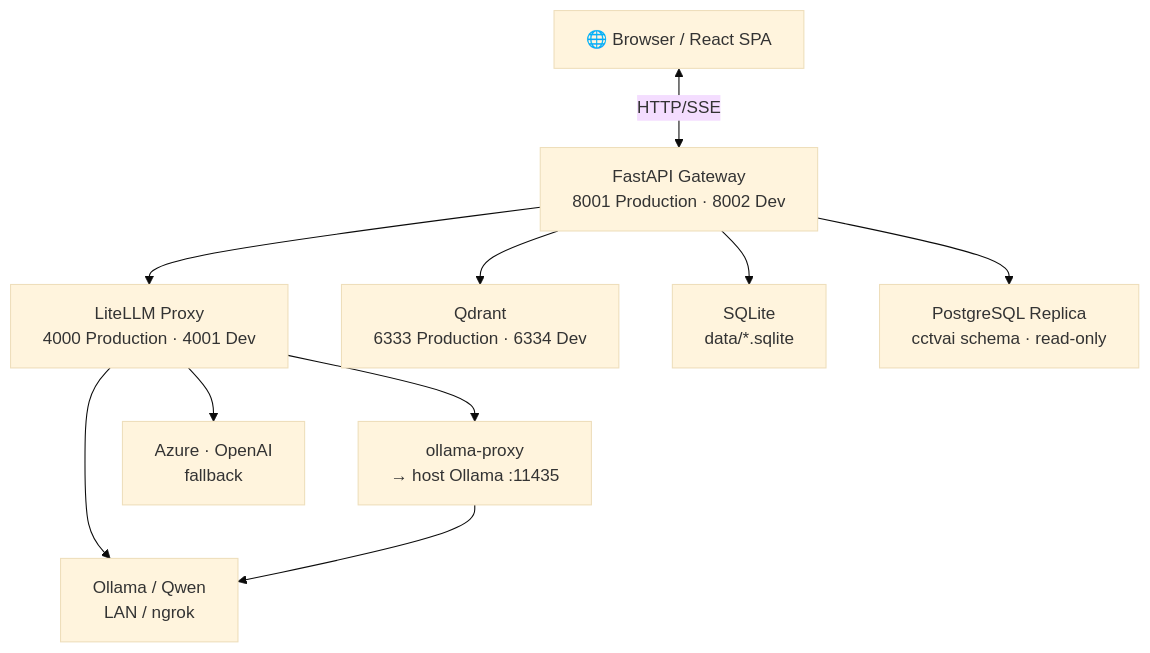
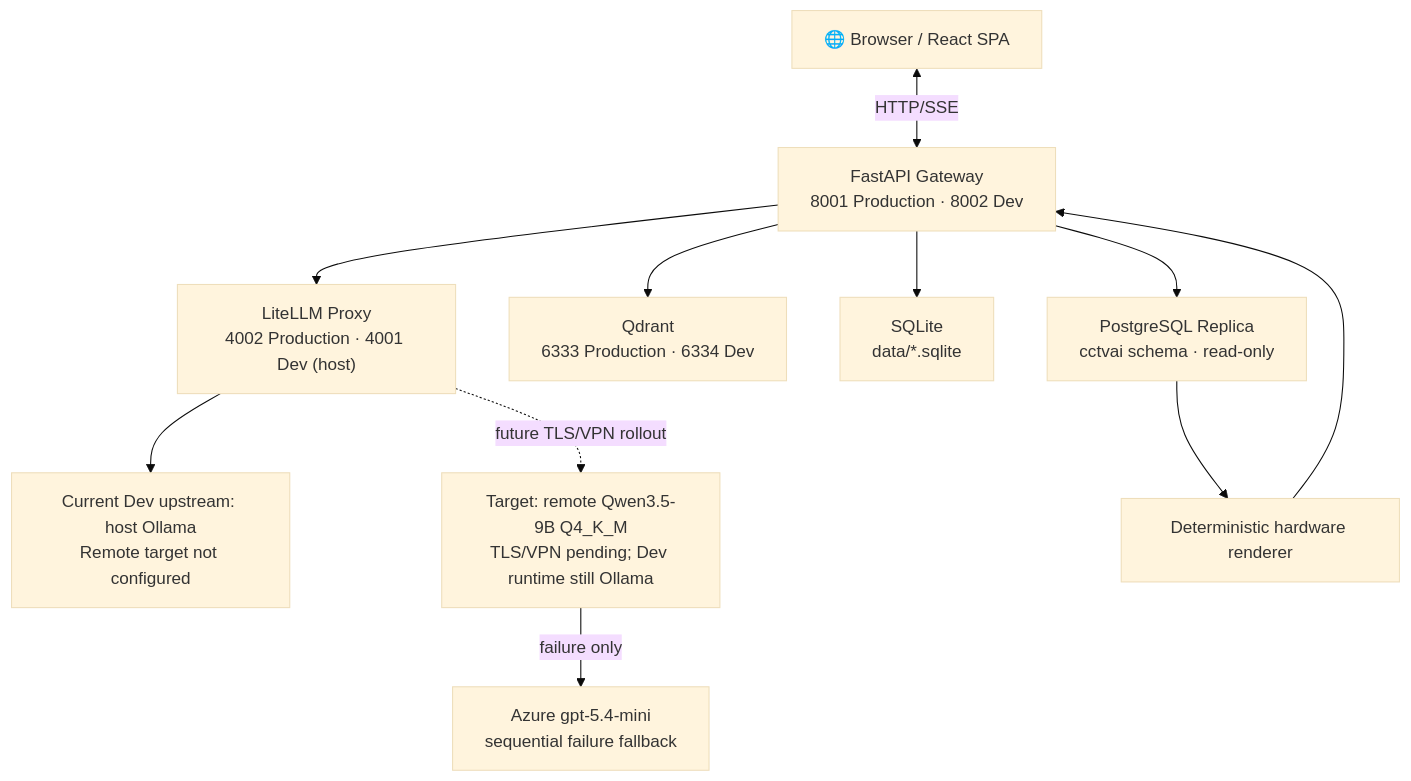
One commit to JKLover0909/VLLM-PD changed the first of 9 diagrams in Markdowns/ARCHITECTURE.md. Above: the diagram before and after it, drawn with Mermaid (base theme). The commit also changed other lines of this file and 87 other files, not shown here.

````diff
--- a/Markdowns/ARCHITECTURE.md
+++ b/Markdowns/ARCHITECTURE.md
@@ -23,22 +24,24 @@
 ```mermaid
 graph TB
     Browser["🌐 Browser / React SPA"]
     GW["FastAPI Gateway\n8001 Production · 8002 Dev"]
-    LLM["LiteLLM Proxy\n4000 Production · 4001 Dev"]
+    LLM["LiteLLM Proxy\n4002 Production · 4001 Dev (host)"]
+    Ollama["Current Dev upstream: host Ollama\nRemote target not configured"]
     Qdrant["Qdrant\n6333 Production · 6334 Dev"]
     SQLite["SQLite\ndata/*.sqlite"]
     PG["PostgreSQL Replica\ncctvai schema · read-only"]
-    OllamaProxy["ollama-proxy\n→ host Ollama :11435"]
-    OllamaExt["Ollama / Qwen\nLAN / ngrok"]
-    Cloud["Azure · OpenAI\nfallback"]
+    Qwen["Target: remote Qwen3.5-9B Q4_K_M\nTLS/VPN pending; Dev runtime still Ollama"]
+    Cloud["Azure gpt-5.4-mini\nsequential failure fallback"]
+    Hardware["Deterministic hardware renderer"]
 
     Browser <-->|"HTTP/SSE"| GW
     GW --> LLM
     GW --> Qdrant
     GW --> SQLite
     GW --> PG
-    LLM --> OllamaProxy
-    LLM --> OllamaExt
-    LLM --> Cloud
-    OllamaProxy --> OllamaExt
+    LLM --> Ollama
+    LLM -. future TLS/VPN rollout .-> Qwen
+    Qwen -->|failure only| Cloud
+    PG --> Hardware
+    Hardware --> GW
 ```
````
